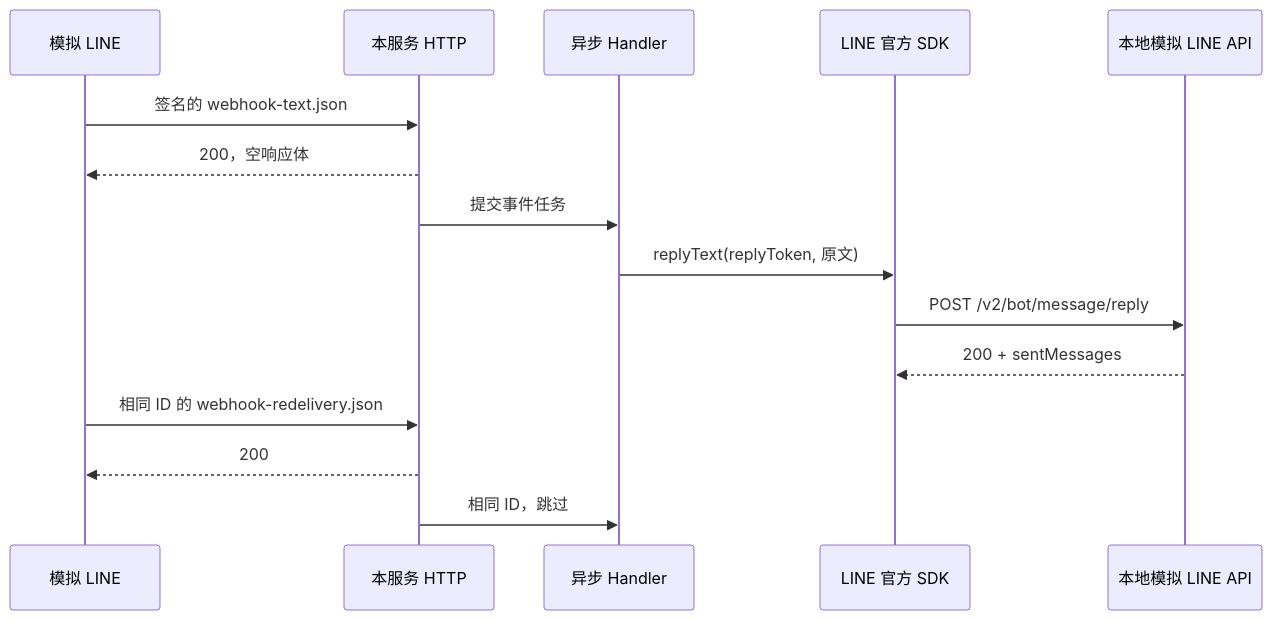
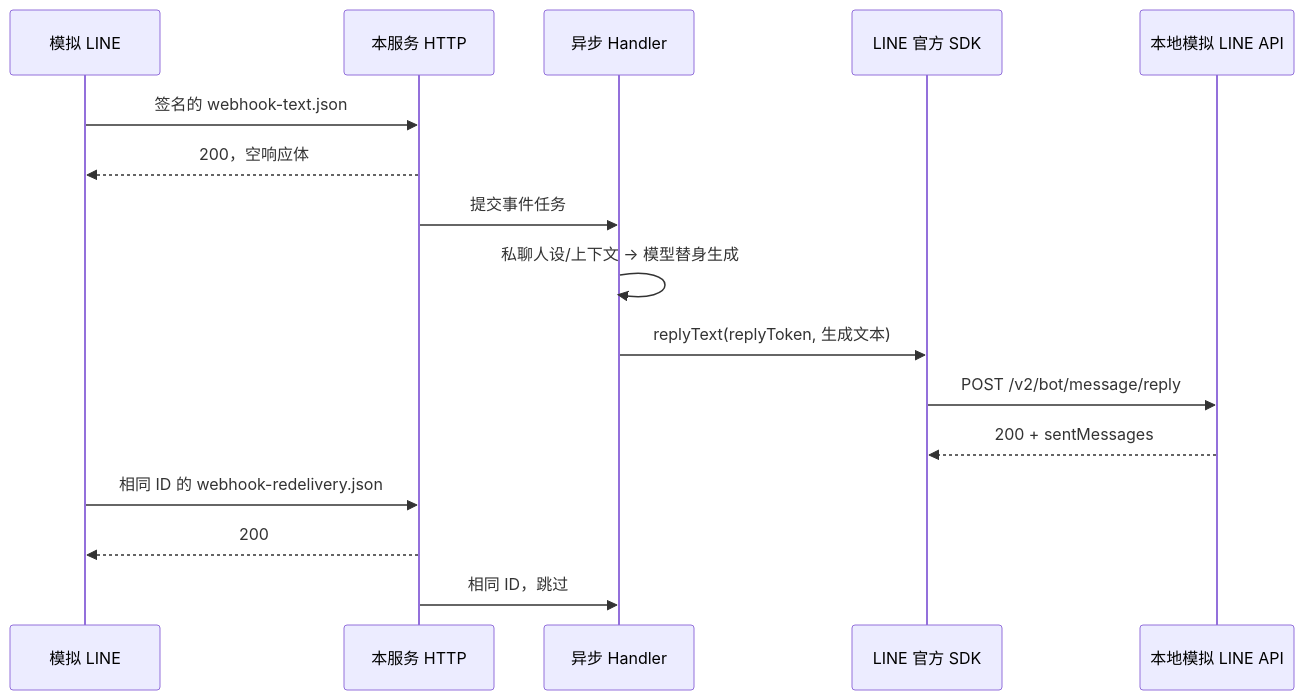
The diagram in docs/接口文档.md (AbaoSony/Line-Automated-Messaging), drawn with Mermaid before and after one commit. The commit also changed other lines of this file and 105 other files, not shown here.

````diff
--- a/docs/接口文档.md
+++ b/docs/接口文档.md
@@ -507,17 +656,18 @@
 ```mermaid
 sequenceDiagram
     participant Test as 模拟 LINE
     participant App as 本服务 HTTP
     participant Worker as 异步 Handler
     participant SDK as LINE 官方 SDK
     participant Stub as 本地模拟 LINE API
     Test->>App: 签名的 webhook-text.json
     App-->>Test: 200，空响应体
     App->>Worker: 提交事件任务
-    Worker->>SDK: replyText(replyToken, 原文)
+    Worker->>Worker: 私聊人设/上下文 → 模型替身生成
+    Worker->>SDK: replyText(replyToken, 生成文本)
     SDK->>Stub: POST /v2/bot/message/reply
     Stub-->>SDK: 200 + sentMessages
     Test->>App: 相同 ID 的 webhook-redelivery.json
     App-->>Test: 200
     App->>Worker: 相同 ID，跳过
 ```
````
